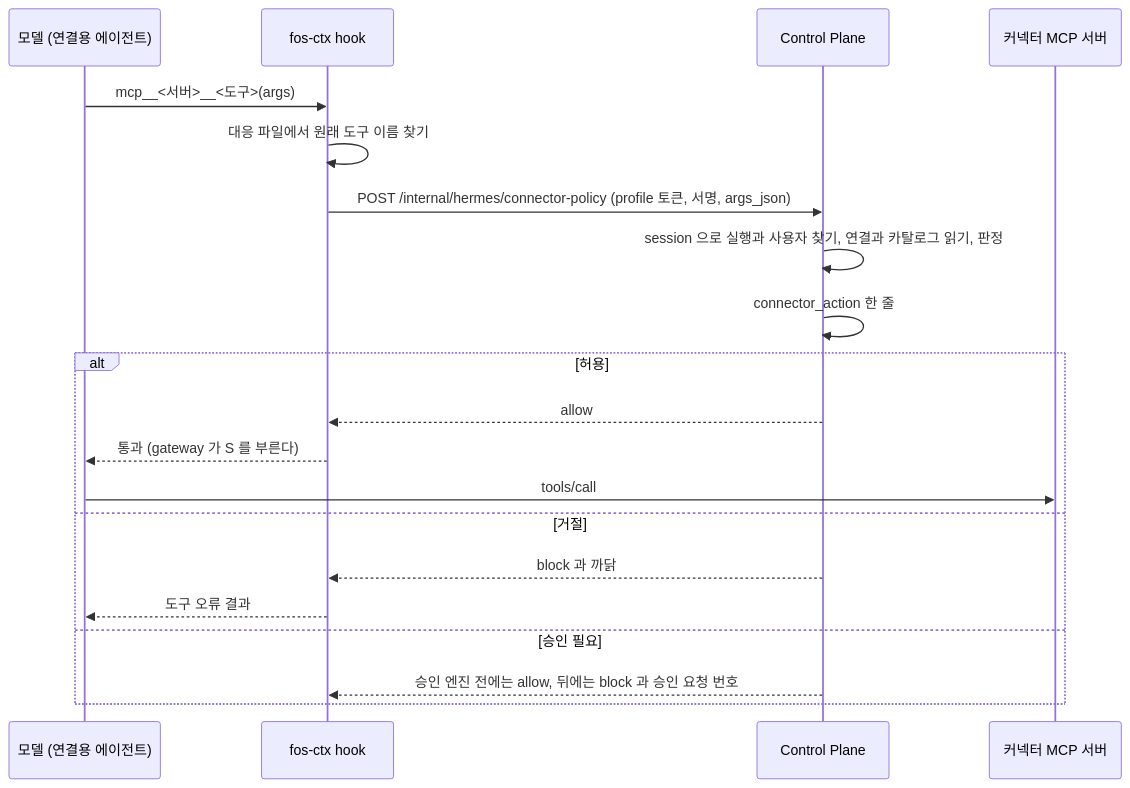
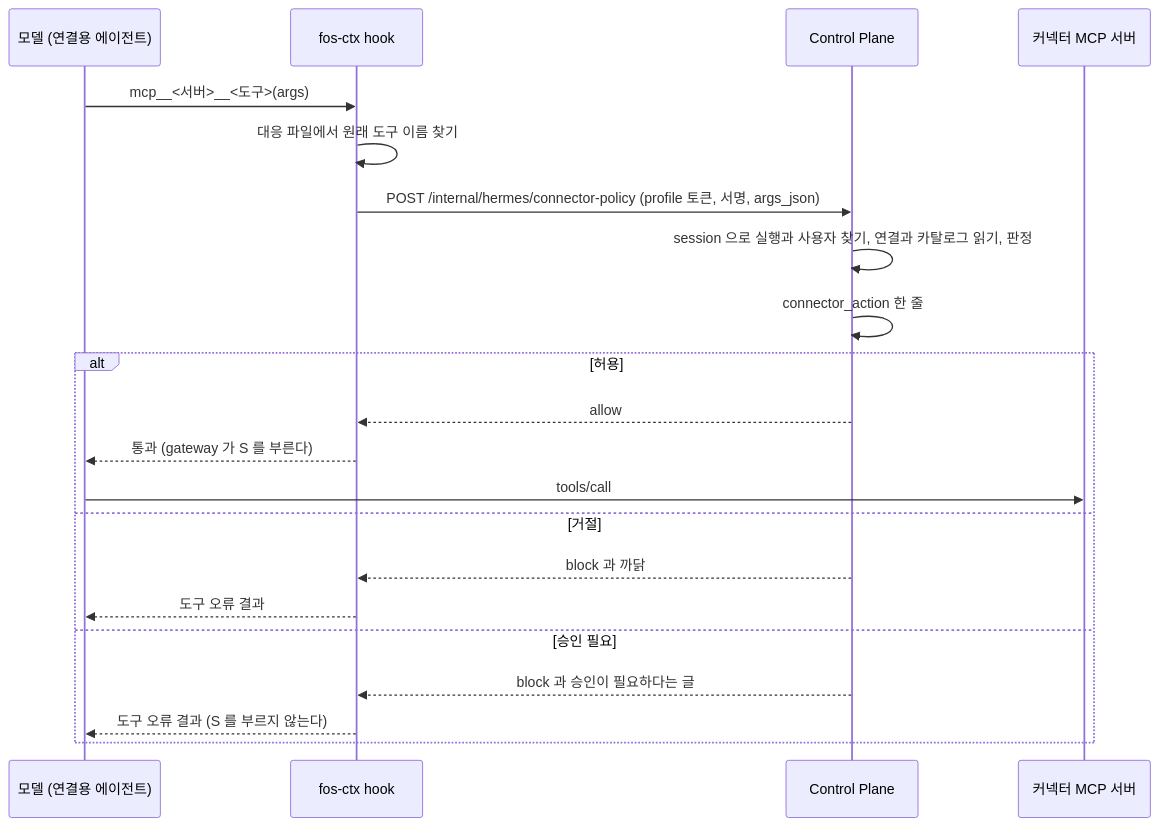
One commit to jon890/fos-assistant changed the second of 30 diagrams in docs/flow.md. Above: the diagram before and after it, drawn with Mermaid. The commit also changed other lines of this file and 20 other files, not shown here.

````diff
--- a/docs/flow.md
+++ b/docs/flow.md
@@ -44,23 +44,24 @@
 ```mermaid
 sequenceDiagram
     participant M as 모델 (연결용 에이전트)
     participant H as fos-ctx hook
     participant C as Control Plane
     participant S as 커넥터 MCP 서버
 
     M->>H: mcp__<서버>__<도구>(args)
     H->>H: 대응 파일에서 원래 도구 이름 찾기
     H->>C: POST /internal/hermes/connector-policy (profile 토큰, 서명, args_json)
     C->>C: session 으로 실행과 사용자 찾기, 연결과 카탈로그 읽기, 판정
     C->>C: connector_action 한 줄
     alt 허용
         C-->>H: allow
         H-->>M: 통과 (gateway 가 S 를 부른다)
         M->>S: tools/call
     else 거절
         C-->>H: block 과 까닭
         H-->>M: 도구 오류 결과
     else 승인 필요
-        C-->>H: 승인 엔진 전에는 allow, 뒤에는 block 과 승인 요청 번호
+        C-->>H: block 과 승인이 필요하다는 글
+        H-->>M: 도구 오류 결과 (S 를 부르지 않는다)
     end
 ```
````
